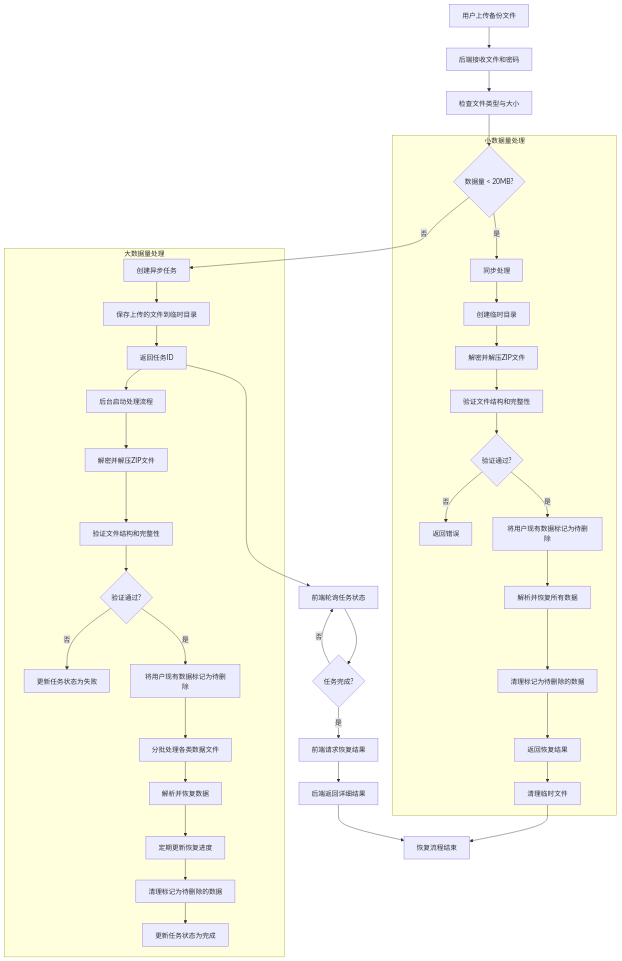
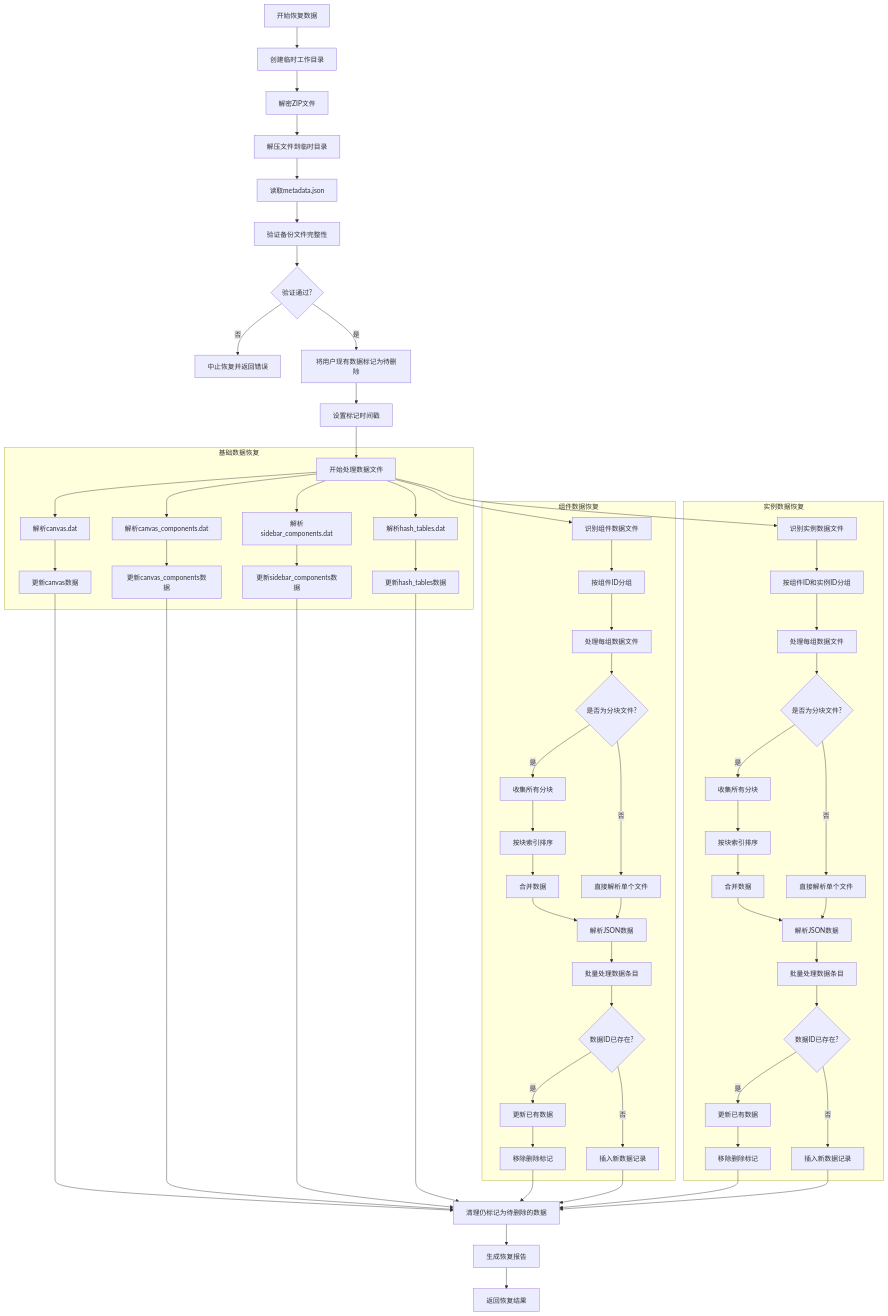
The diagram in all/未命名-61.md (yingjianzh/iodraw-files), drawn with Mermaid before and after one commit.

Commit message:
2025-05-15 17:46:19 update

````diff
--- a/all/未命名-61.md
+++ b/all/未命名-61.md
@@ -1,50 +1,84 @@
 ```mermaid
 flowchart TD
-    A[用户上传备份文件] --> B[后端接收文件和密码]
-    B --> C[检查文件类型与大小]
+    A[开始恢复数据] --> B[创建临时工作目录]
+    B --> C[解密ZIP文件]
+    C --> D[解压文件到临时目录]
     
-    C --> D{数据量 < 20MB?}
+    D --> E[读取metadata.json]
+    E --> F[验证备份文件完整性]
+    F --> G{验证通过?}
+    G -->|否| H[中止恢复并返回错误]
     
-    subgraph 小数据量处理
-        D -->|是| E1[同步处理]
-        E1 --> F1[创建临时目录]
-        F1 --> G1[解密并解压ZIP文件]
-        G1 --> H1[验证文件结构和完整性]
-        H1 --> I1{验证通过?}
-        I1 -->|否| J1[返回错误]
-        I1 -->|是| K1[将用户现有数据标记为待删除]
-        K1 --> L1[解析并恢复所有数据]
-        L1 --> M1[清理标记为待删除的数据]
-        M1 --> N1[返回恢复结果]
-        N1 --> O1[清理临时文件]
+    G -->|是| I[将用户现有数据标记为待删除]
+    I --> J[设置标记时间戳]
+    
+    J --> K[开始处理数据文件]
+    
+    subgraph 基础数据恢复
+        K --> L1[解析canvas.dat]
+        L1 --> M1[更新canvas数据]
+        
+        K --> L2[解析canvas_components.dat]
+        L2 --> M2[更新canvas_components数据]
+        
+        K --> L3[解析sidebar_components.dat]
+        L3 --> M3[更新sidebar_components数据]
+        
+        K --> L4[解析hash_tables.dat]
+        L4 --> M4[更新hash_tables数据]
     end
     
-    subgraph 大数据量处理
-        D -->|否| E2[创建异步任务]
-        E2 --> F2[保存上传的文件到临时目录]
-        F2 --> G2[返回任务ID]
-        G2 --> H2[后台启动处理流程]
+    subgraph 组件数据恢复
+        K --> N[识别组件数据文件]
+        N --> O[按组件ID分组]
+        O --> P[处理每组数据文件]
         
-        H2 --> I2[解密并解压ZIP文件]
-        I2 --> J2[验证文件结构和完整性]
-        J2 --> K2{验证通过?}
-        K2 -->|否| L2[更新任务状态为失败]
-        K2 -->|是| M2[将用户现有数据标记为待删除]
+        P --> Q{是否为分块文件?}
+        Q -->|是| R1[收集所有分块]
+        R1 --> S1[按块索引排序]
+        S1 --> T1[合并数据]
+        T1 --> U1[解析JSON数据]
         
-        M2 --> N2[分批处理各类数据文件]
-        N2 --> O2[解析并恢复数据]
-        O2 --> P2[定期更新恢复进度]
-        P2 --> Q2[清理标记为待删除的数据]
-        Q2 --> R2[更新任务状态为完成]
+        Q -->|否| R2[直接解析单个文件]
+        R2 --> U1
+        
+        U1 --> V[批量处理数据条目]
+        V --> W{数据ID已存在?}
+        W -->|是| X1[更新已有数据]
+        X1 --> Y1[移除删除标记]
+        W -->|否| X2[插入新数据记录]
     end
     
-    G2 --> S[前端轮询任务状态]
-    S --> T{任务完成?}
-    T -->|否| S
+    subgraph 实例数据恢复
+        K --> Z[识别实例数据文件]
+        Z --> AA[按组件ID和实例ID分组]
+        AA --> AB[处理每组数据文件]
+        
+        AB --> AC{是否为分块文件?}
+        AC -->|是| AD1[收集所有分块]
+        AD1 --> AE1[按块索引排序]
+        AE1 --> AF1[合并数据]
+        AF1 --> AG1[解析JSON数据]
+        
+        AC -->|否| AD2[直接解析单个文件]
+        AD2 --> AG1
+        
+        AG1 --> AH[批量处理数据条目]
+        AH --> AI{数据ID已存在?}
+        AI -->|是| AJ1[更新已有数据]
+        AJ1 --> AK1[移除删除标记]
+        AI -->|否| AJ2[插入新数据记录]
+    end
     
-    T -->|是| U[前端请求恢复结果]
-    U --> V[后端返回详细结果]
+    M1 --> AL[清理仍标记为待删除的数据]
+    M2 --> AL
+    M3 --> AL
+    M4 --> AL
+    Y1 --> AL
+    X2 --> AL
+    AK1 --> AL
+    AJ2 --> AL
     
-    O1 --> W[恢复流程结束]
-    V --> W
+    AL --> AM[生成恢复报告]
+    AM --> AN[返回恢复结果]
 ```
````
